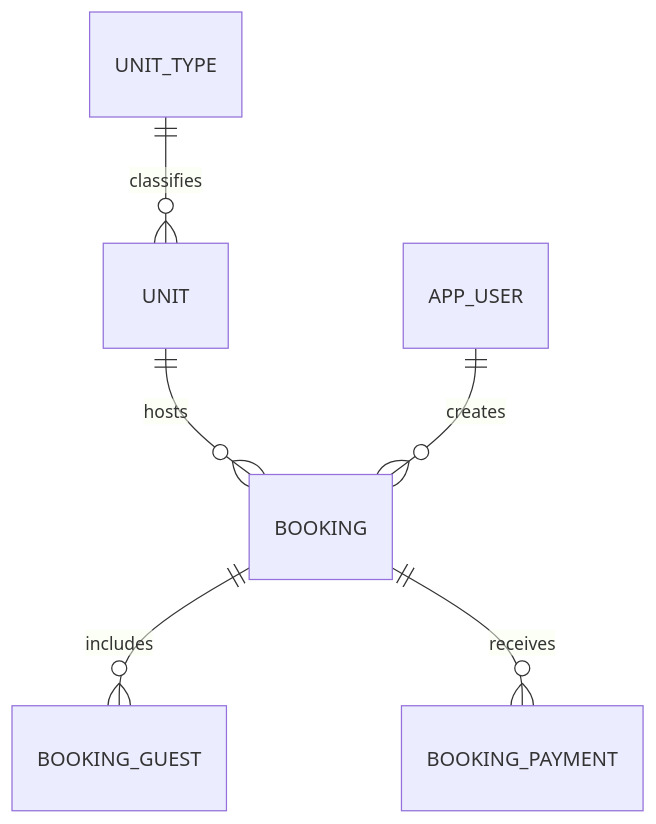
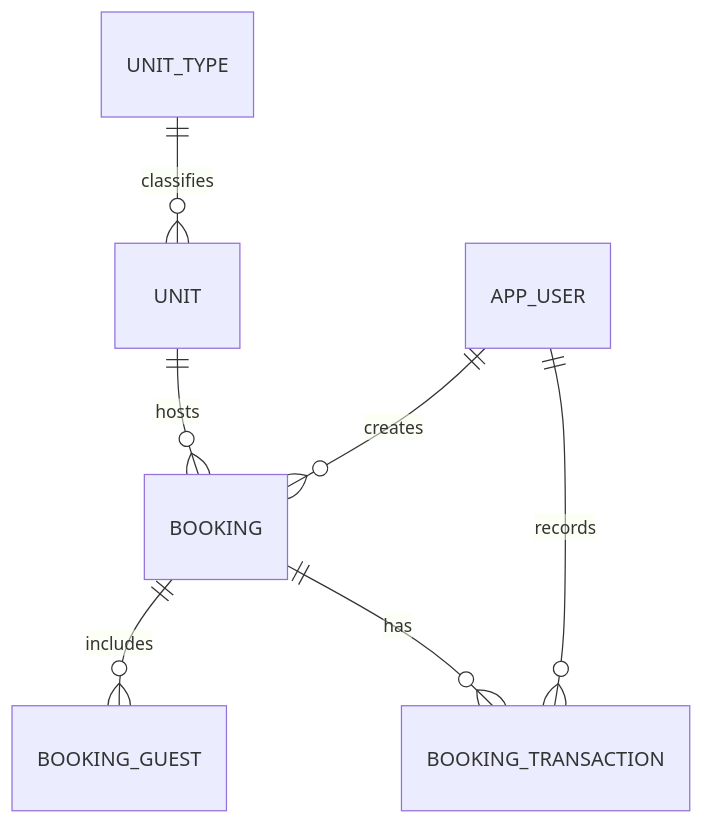
The diagram in docs/database-design.md (afzalIbnSH/lodgekeeper), drawn with Mermaid before and after one commit. The commit also changed other lines of this file and 1 other file, not shown here.

````diff
--- a/docs/database-design.md
+++ b/docs/database-design.md
@@ -7,8 +7,9 @@
 ```mermaid
 erDiagram
     UNIT_TYPE ||--o{ UNIT : classifies
     UNIT ||--o{ BOOKING : hosts
     APP_USER ||--o{ BOOKING : creates
     BOOKING ||--o{ BOOKING_GUEST : includes
-    BOOKING ||--o{ BOOKING_PAYMENT : receives
+    BOOKING ||--o{ BOOKING_TRANSACTION : has
+    APP_USER ||--o{ BOOKING_TRANSACTION : records
 ```
````
